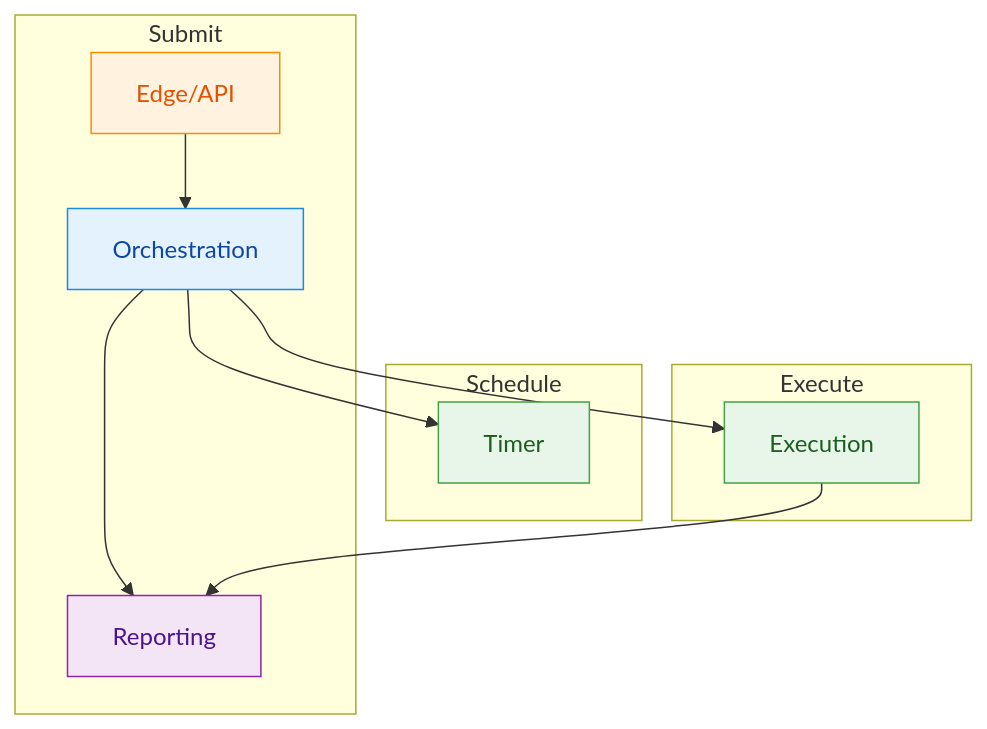
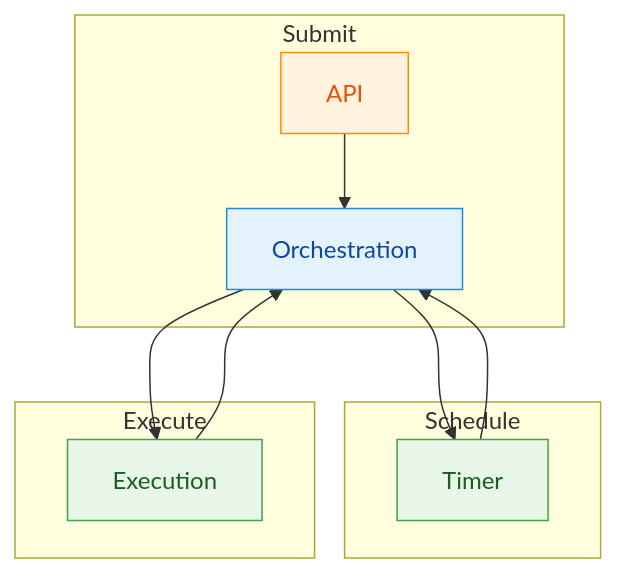
The third of 3 diagrams in docs/design/bounded-contexts.md (suddenlyGiovanni/event-service-agent-kata), drawn with Mermaid before and after one commit. The commit also changed other lines of this file, not shown here.

First line of the commit message:
docs(bounded-contexts): refine context descriptions and flow diagrams

````diff
--- a/docs/design/bounded-contexts.md
+++ b/docs/design/bounded-contexts.md
@@ -60,19 +57,18 @@
 ```mermaid
 flowchart TB
   subgraph Submit
-    A[Edge/API]:::Do --> B[Orchestration]:::Own
-    B --> C[Reporting]:::Informed
+    A[API]:::Do --> B[Orchestration]:::Own
   end
   subgraph Schedule
     B --> D[Timer]:::Supplier
+    D --> B
   end
   subgraph Execute
     B --> E[Execution]:::Supplier
-    E --> C
+    E --> B
   end
 
   classDef Own fill:#e3f2fd,stroke:#1e88e5,color:#0d47a1
   classDef Supplier fill:#e8f5e9,stroke:#43a047,color:#1b5e20
   classDef Do fill:#fff3e0,stroke:#fb8c00,color:#e65100
-  classDef Informed fill:#f3e5f5,stroke:#8e24aa,color:#4a148c
 ```
````
